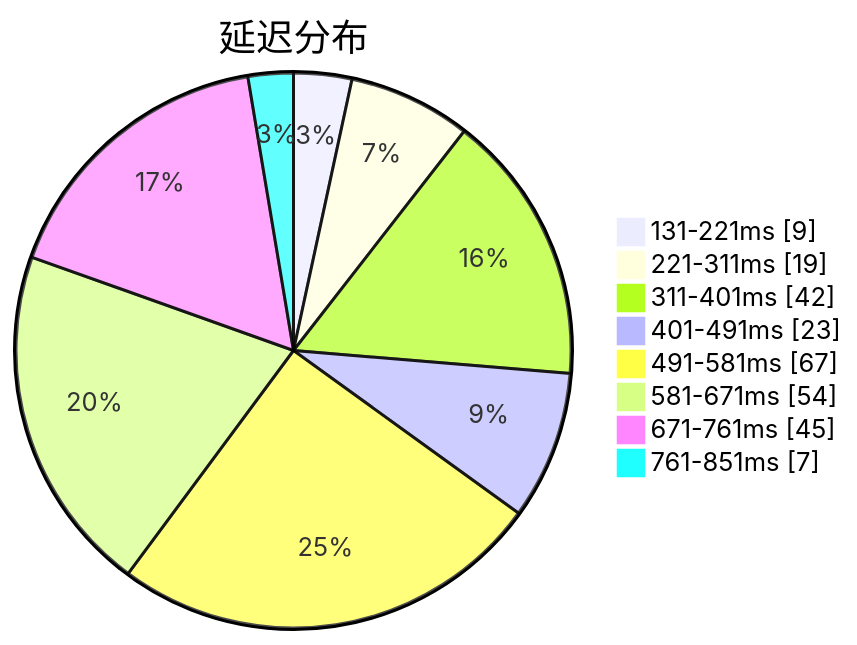
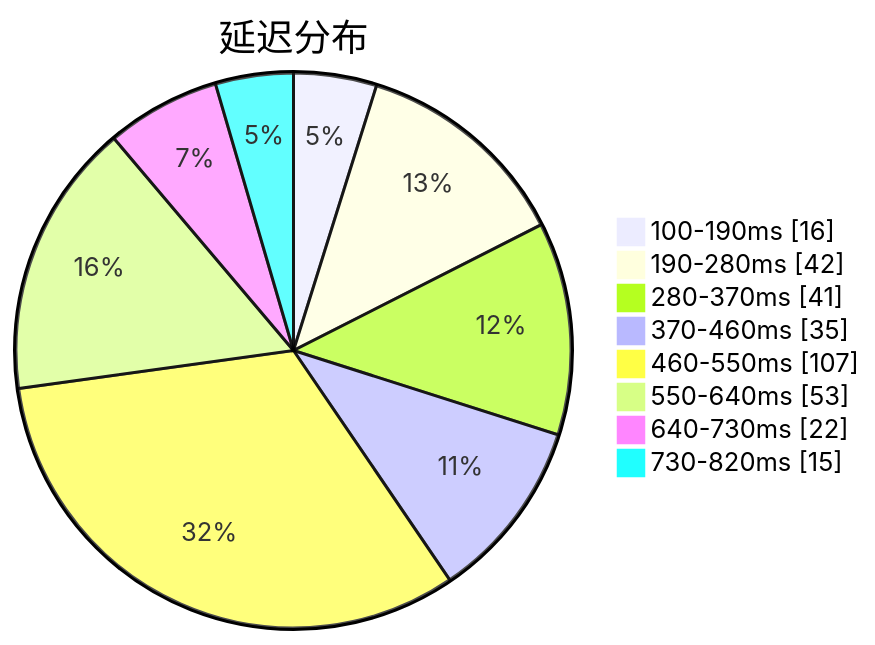
Before and after one commit to sinspired/airport: the first of 3 diagrams in subs/statistics/tested_within.md, drawn with Mermaid. The commit also changed other lines of this file and 2 other files, not shown here.

````diff
--- a/subs/statistics/tested_within.md
+++ b/subs/statistics/tested_within.md
@@ -2,12 +2,12 @@
 ```mermaid
 pie showData
 title 延迟分布
-"131-221ms" : 9
-"221-311ms" : 19
-"311-401ms" : 42
-"401-491ms" : 23
-"491-581ms" : 67
-"581-671ms" : 54
-"671-761ms" : 45
-"761-851ms" : 7
+"100-190ms" : 16
+"190-280ms" : 42
+"280-370ms" : 41
+"370-460ms" : 35
+"460-550ms" : 107
+"550-640ms" : 53
+"640-730ms" : 22
+"730-820ms" : 15
 ```
````
